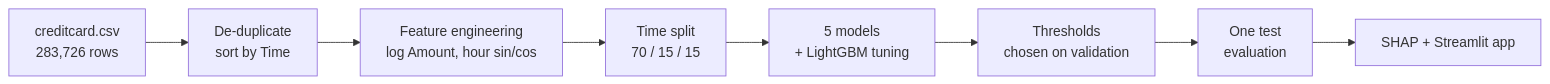
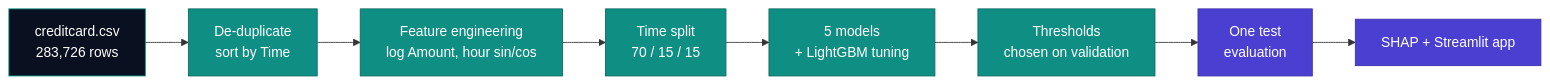
The second of 2 diagrams in README.md (D0027/credit-card-fraud-detection), drawn with Mermaid before and after one commit. The commit also changed other lines of this file, not shown here.

````diff
--- a/README.md
+++ b/README.md
@@ -106,10 +204,17 @@
 ```mermaid
 flowchart LR
     A["creditcard.csv<br/>283,726 rows"] --> B["De-duplicate<br/>sort by Time"]
     B --> C["Feature engineering<br/>log Amount, hour sin/cos"]
     C --> D["Time split<br/>70 / 15 / 15"]
     D --> E["5 models<br/>+ LightGBM tuning"]
     E --> F["Thresholds<br/>chosen on validation"]
     F --> G["One test<br/>evaluation"]
     G --> H["SHAP + Streamlit app"]
+
+    classDef data fill:#0b1020,stroke:#0f8f84,color:#ffffff;
+    classDef step fill:#0f8f84,stroke:#0b6b63,color:#ffffff;
+    classDef final fill:#4b3fd1,stroke:#3a30a8,color:#ffffff;
+    class A data;
+    class B,C,D,E,F step;
+    class G,H final;
 ```
````
